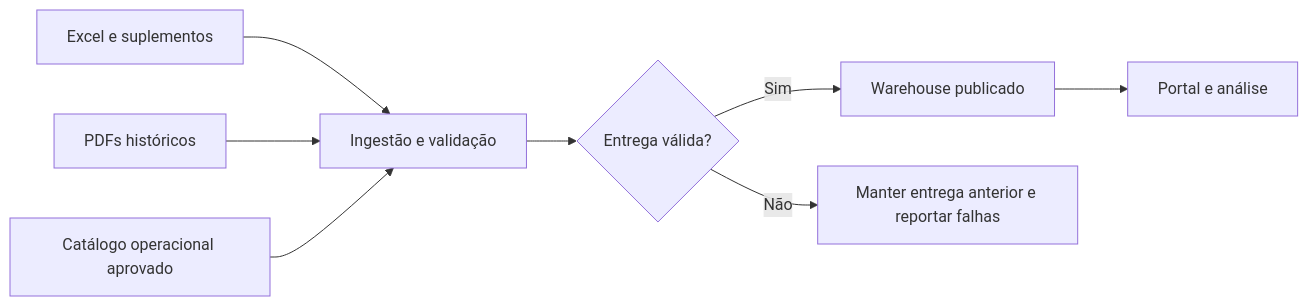
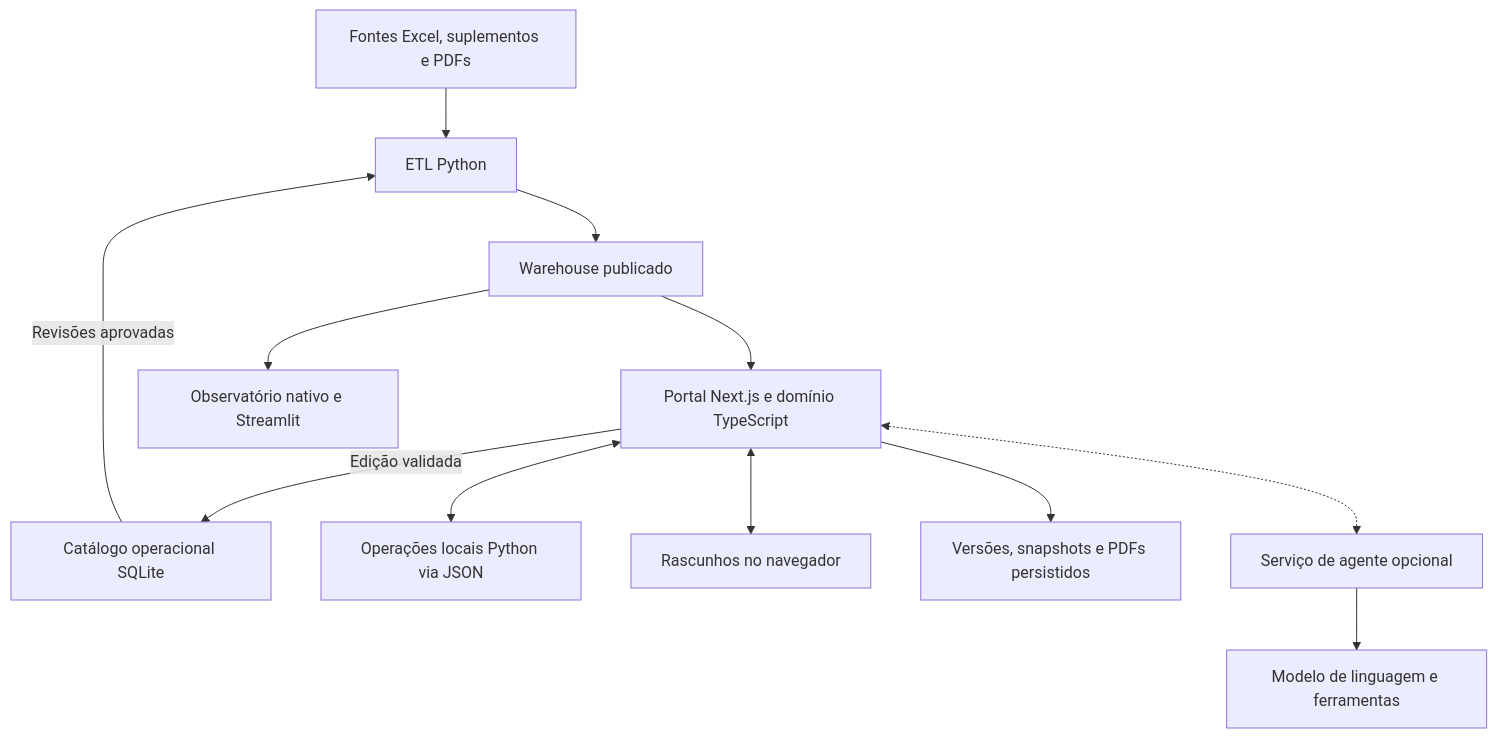
One commit to iseg-pg-ai/gpaimlp_5ed_grupo4 changed the second of 4 diagrams in docs/APRESENTACAO.md. Above: the diagram before and after it, drawn with Mermaid. The commit also changed other lines of this file and 1 other file, not shown here.

Commit message:
feat(presentation): update presentation script with technical outline and interactive demo structure

````diff
--- a/docs/APRESENTACAO.md
+++ b/docs/APRESENTACAO.md
@@ -179,10 +90,14 @@
 ```mermaid
-flowchart LR
-    A[Excel e suplementos] --> C[Ingestão e validação]
-    B[PDFs históricos] --> C
-    O[Catálogo operacional aprovado] --> C
-    C --> D{Entrega válida?}
-    D -->|Sim| W[Warehouse publicado]
-    D -->|Não| R[Manter entrega anterior e reportar falhas]
-    W --> P[Portal e análise]
+flowchart TB
+    F[Fontes Excel, suplementos e PDFs] --> E[ETL Python]
+    C[Catálogo operacional SQLite] -->|Revisões aprovadas| E
+    E --> W[Warehouse publicado]
+    W --> P[Portal Next.js e domínio TypeScript]
+    W --> O[Observatório nativo e Streamlit]
+    P -->|Edição validada| C
+    P <--> PY[Operações locais Python via JSON]
+    P <--> R[Rascunhos no navegador]
+    P --> V[Versões, snapshots e PDFs persistidos]
+    P <-.-> AG[Serviço de agente opcional]
+    AG --> M[Modelo de linguagem e ferramentas]
 ```
````
